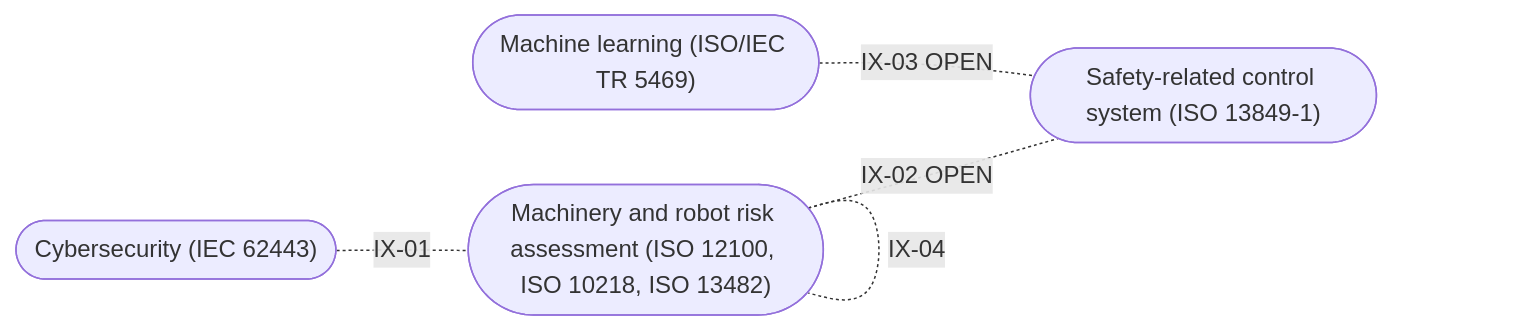
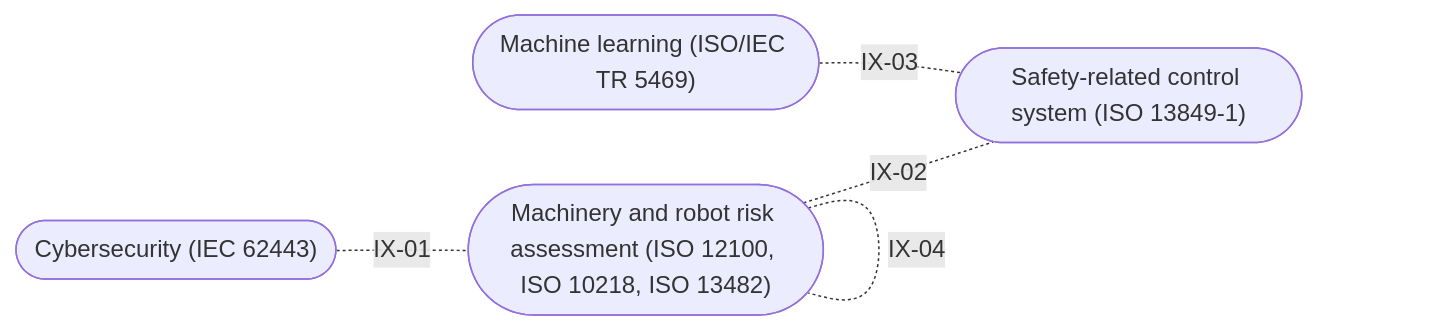
Before and after one commit to jherrodthomas/asimov-v1: the second of 2 diagrams in assurance/process/maps/g1-concept.md, drawn with Mermaid. The commit also changed other lines of this file and 51 other files, not shown here.

````diff
--- a/assurance/process/maps/g1-concept.md
+++ b/assurance/process/maps/g1-concept.md
@@ -78,11 +78,11 @@
 ```mermaid
 flowchart LR
   risk(["Machinery and robot risk assessment (ISO 12100, ISO 10218, ISO 13482)"])
   srpcs(["Safety-related control system (ISO 13849-1)"])
   cs(["Cybersecurity (IEC 62443)"])
   ml(["Machine learning (ISO/IEC TR 5469)"])
   cs -. "IX-01" .- risk
-  risk -. "IX-02 OPEN" .- srpcs
-  ml -. "IX-03 OPEN" .- srpcs
+  risk -. "IX-02" .- srpcs
+  ml -. "IX-03" .- srpcs
   risk -. "IX-04" .- risk
 ```
````
